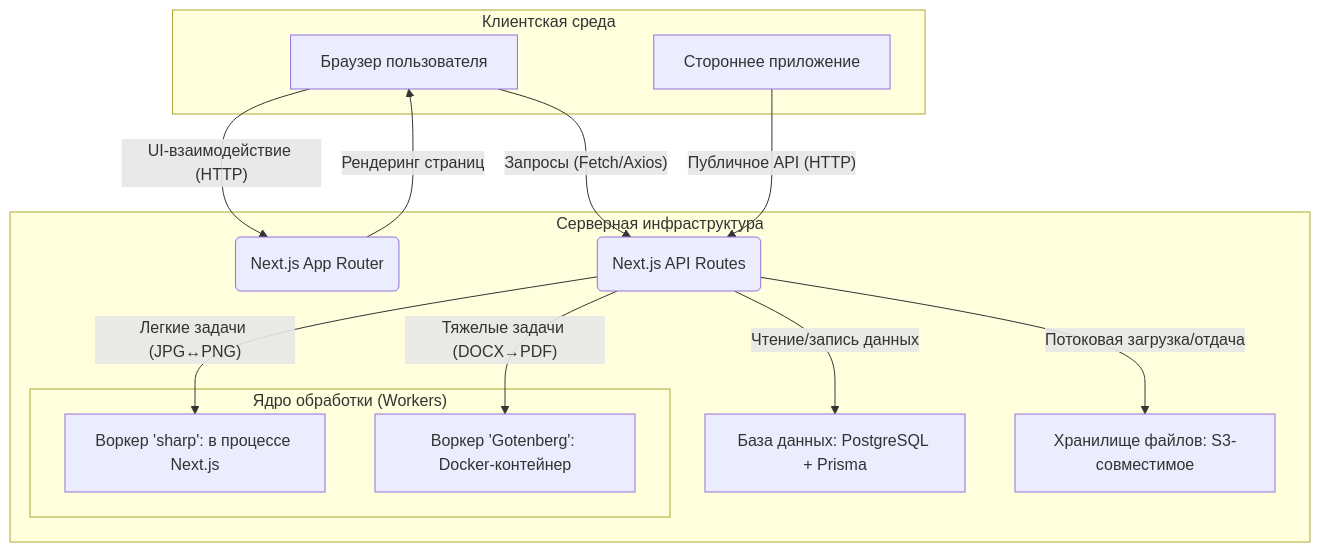
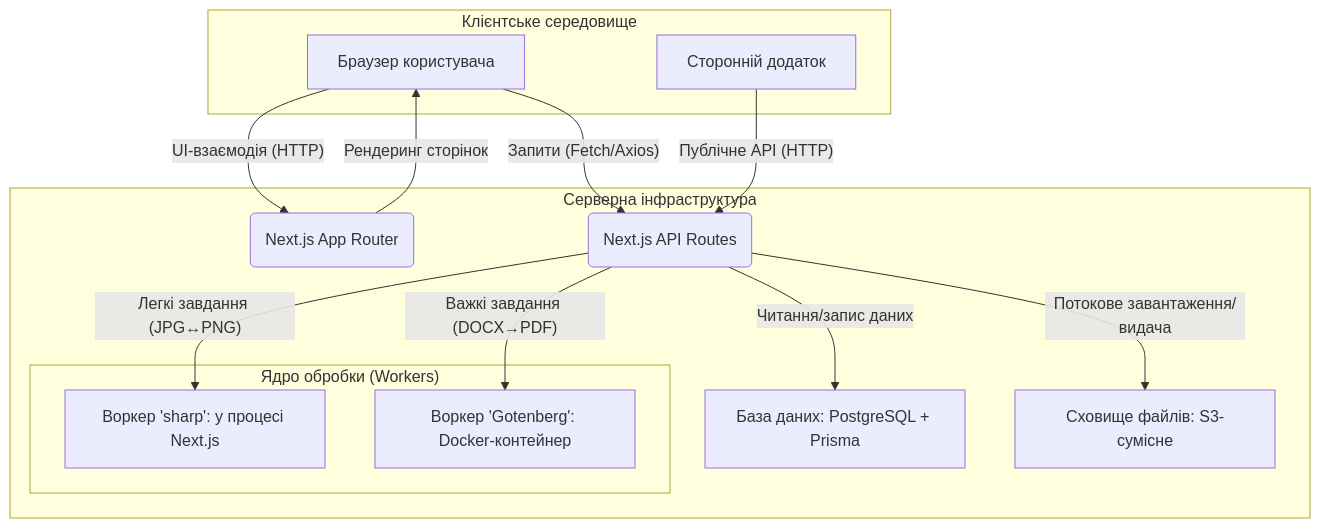
One commit to OlegBon/ip-js_plus_deep_ai-2026-07 changed the diagram in hw-2026-08-06/architecture.md. Above: the diagram before and after it, drawn with Mermaid. The commit also changed other lines of this file and 171 other files, not shown here.

````diff
--- a/hw-2026-08-06/architecture.md
+++ b/hw-2026-08-06/architecture.md
@@ -17,31 +17,31 @@
 ```mermaid
 graph TD
-    subgraph "Клиентская среда"
-        A[Браузер пользователя]
-        B[Стороннее приложение]
+    subgraph "Клієнтське середовище"
+        A[Браузер користувача]
+        B[Сторонній додаток]
     end
 
-    subgraph "Серверная инфраструктура"
+    subgraph "Серверна інфраструктура"
         C(Next.js App Router)
         D(Next.js API Routes)
-        E["База данных: PostgreSQL + Prisma"]
-        F["Хранилище файлов: S3-совместимое"]
+        E["База даних: PostgreSQL + Prisma"]
+        F["Сховище файлів: S3-сумісне"]
 
-        subgraph "Ядро обработки (Workers)"
-            G["Воркер 'sharp': в процессе Next.js"]
+        subgraph "Ядро обробки (Workers)"
+            G["Воркер 'sharp': у процесі Next.js"]
             H["Воркер 'Gotenberg': Docker-контейнер"]
         end
     end
 
-    A -- "UI-взаимодействие (HTTP)" --> C
-    A -- "Запросы (Fetch/Axios)" --> D
+    A -- "UI-взаємодія (HTTP)" --> C
+    A -- "Запити (Fetch/Axios)" --> D
 
-    B -- "Публичное API (HTTP)" --> D
+    B -- "Публічне API (HTTP)" --> D
 
-    C -- "Рендеринг страниц" --> A
+    C -- "Рендеринг сторінок" --> A
 
-    D -- "Чтение/запись данных" --> E
-    D -- "Потоковая загрузка/отдача" --> F
-    D -- "Легкие задачи (JPG↔PNG)" --> G
-    D -- "Тяжелые задачи (DOCX→PDF)" --> H
+    D -- "Читання/запис даних" --> E
+    D -- "Потокове завантаження/видача" --> F
+    D -- "Легкі завдання (JPG↔PNG)" --> G
+    D -- "Важкі завдання (DOCX→PDF)" --> H
 ```
````
